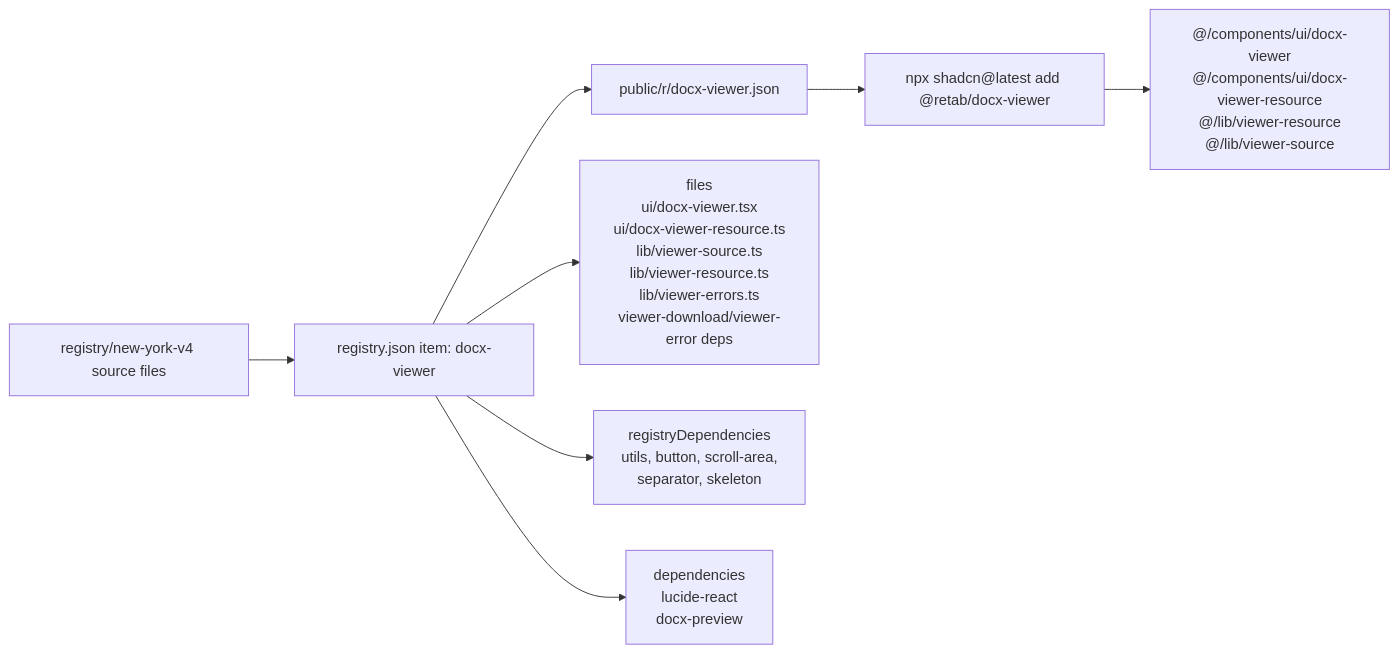
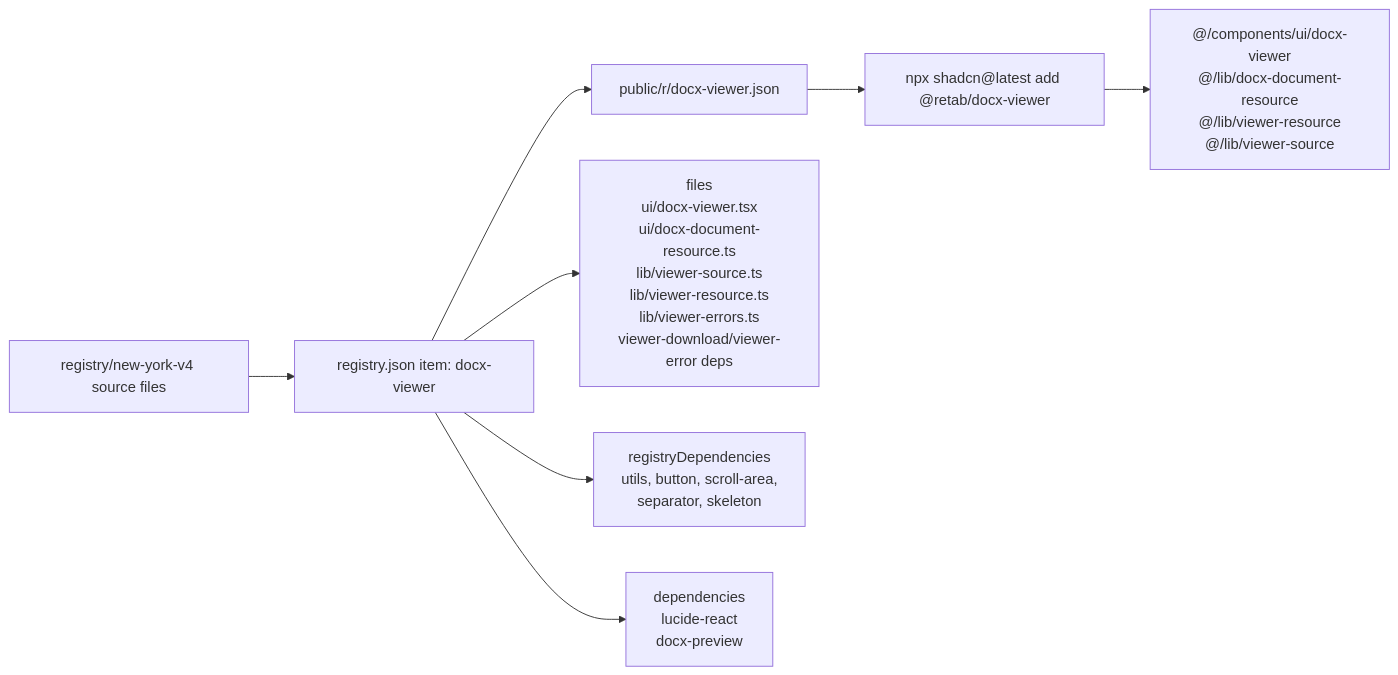
One commit to retab-dev/retab-ui changed the sixth of 6 diagrams in components/ui/docx-viewer-system.md. Above: the diagram before and after it, drawn with Mermaid. The commit also changed other lines of this file and 210 other files, not shown here.

````diff
--- a/components/ui/docx-viewer-system.md
+++ b/components/ui/docx-viewer-system.md
@@ -415,10 +415,10 @@
 ```mermaid
 flowchart LR
   SourceFiles["registry/new-york-v4 source files"] --> RegistryJson["registry.json item: docx-viewer"]
   RegistryJson --> PublicItem["public/r/docx-viewer.json"]
-  RegistryJson --> Files["files\nui/docx-viewer.tsx\nui/docx-viewer-resource.ts\nlib/viewer-source.ts\nlib/viewer-resource.ts\nlib/viewer-errors.ts\nviewer-download/viewer-error deps"]
+  RegistryJson --> Files["files\nui/docx-viewer.tsx\nui/docx-document-resource.ts\nlib/viewer-source.ts\nlib/viewer-resource.ts\nlib/viewer-errors.ts\nviewer-download/viewer-error deps"]
   RegistryJson --> RegistryDependencies["registryDependencies\nutils, button, scroll-area,\nseparator, skeleton"]
   RegistryJson --> PackageDependencies["dependencies\nlucide-react\ndocx-preview"]
   PublicItem --> Install["npx shadcn@latest add @retab/docx-viewer"]
-  Install --> ConsumerApp["@/components/ui/docx-viewer\n@/components/ui/docx-viewer-resource\n@/lib/viewer-resource\n@/lib/viewer-source"]
+  Install --> ConsumerApp["@/components/ui/docx-viewer\n@/lib/docx-document-resource\n@/lib/viewer-resource\n@/lib/viewer-source"]
 ```
````
